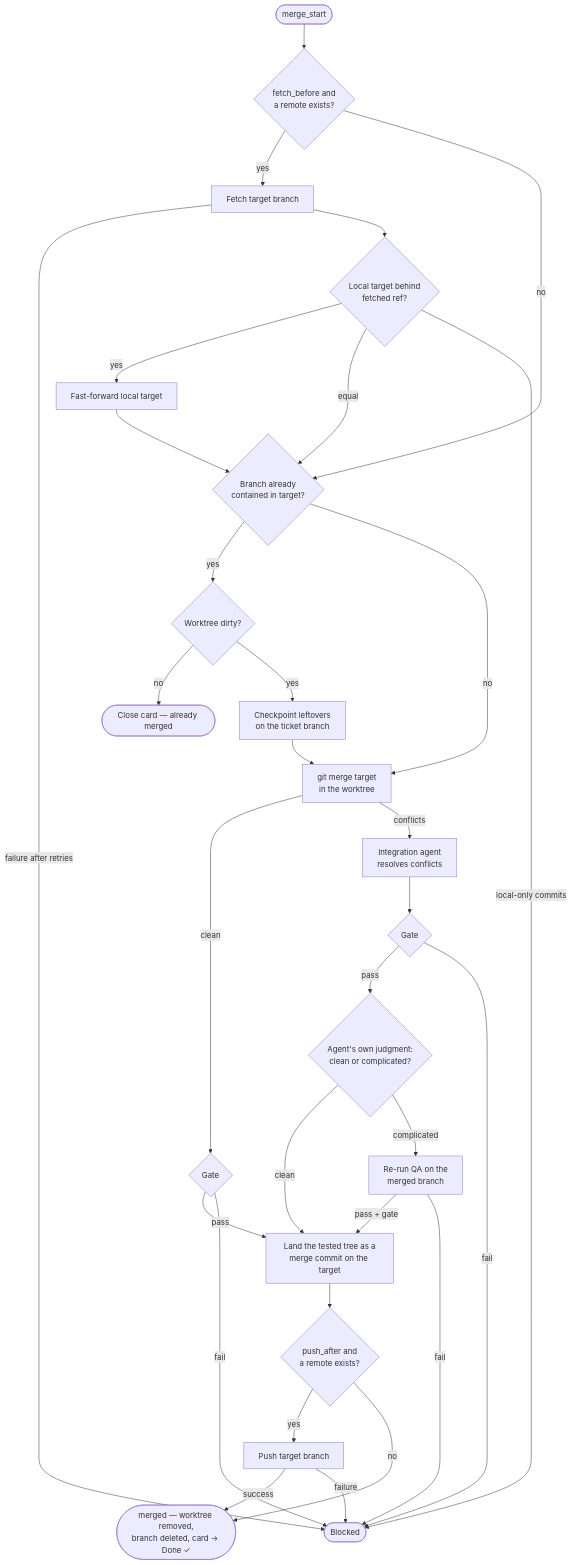
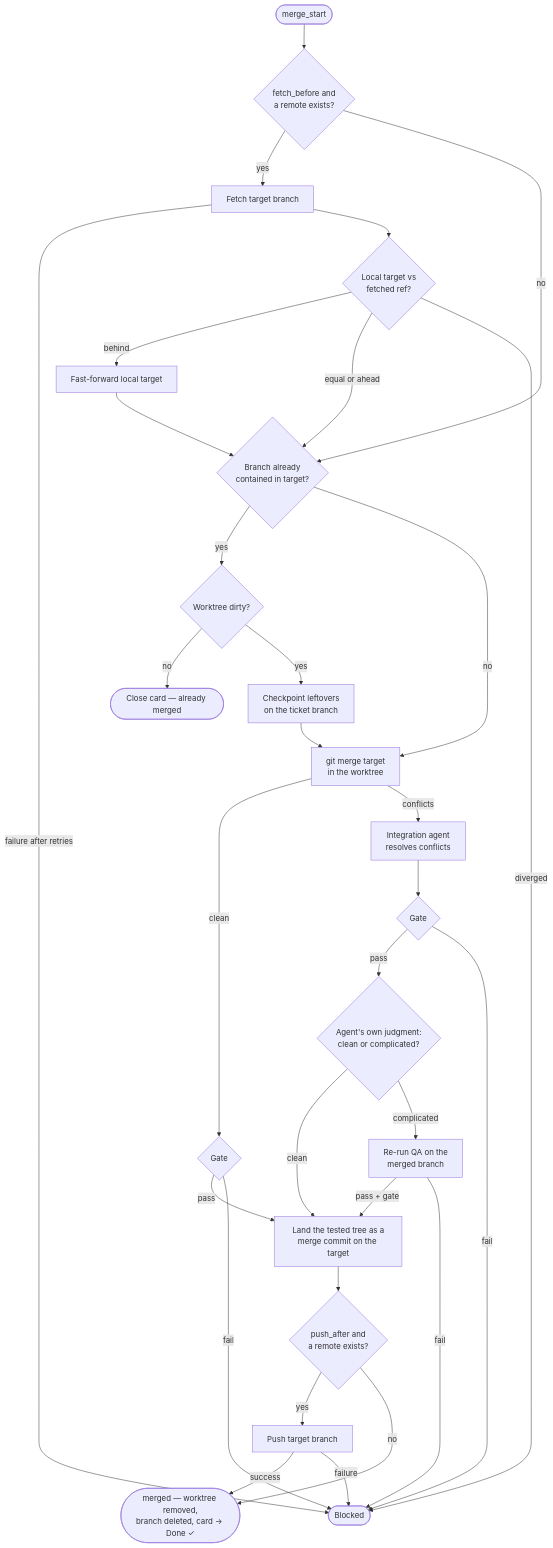
The diagram in docs/guide/integration.md (rdaruszka/jfdi), drawn with Mermaid before and after one commit. The commit also changed other lines of this file and 3 other files, not shown here.

First line of the commit message:
ahead-is-not-divergence: Treat a strictly-ahead local target as in sync, not diverged

````diff
--- a/docs/guide/integration.md
+++ b/docs/guide/integration.md
@@ -14,33 +14,33 @@
 ```mermaid
 flowchart TD
     START([merge_start]) --> FETCH{fetch_before and<br/>a remote exists?}
     FETCH -->|yes| RF[Fetch target branch]
     RF -->|failure after retries| BLOCKED
-    RF --> SYNC{Local target behind<br/>fetched ref?}
-    SYNC -->|yes| FF[Fast-forward local target]
-    SYNC -->|equal| AM
-    SYNC -->|local-only commits| BLOCKED
+    RF --> SYNC{Local target vs<br/>fetched ref?}
+    SYNC -->|behind| FF[Fast-forward local target]
+    SYNC -->|equal or ahead| AM
+    SYNC -->|diverged| BLOCKED
     FF --> AM
     FETCH -->|no| AM{Branch already<br/>contained in target?}
     AM -->|yes| DIRTY{Worktree dirty?}
     DIRTY -->|no| CLOSE([Close card — already merged])
     DIRTY -->|yes| CHECKPOINT[Checkpoint leftovers<br/>on the ticket branch]
     CHECKPOINT --> MERGE
     AM -->|no| MERGE[git merge target<br/>in the worktree]
     MERGE -->|clean| GATE1{Gate}
     MERGE -->|conflicts| AGENT[Integration agent<br/>resolves conflicts]
     AGENT --> GATE2{Gate}
     GATE2 -->|pass| JUDGE{Agent's own judgment:<br/>clean or complicated?}
     JUDGE -->|clean| LAND
     JUDGE -->|complicated| REQA[Re-run QA on the<br/>merged branch]
     REQA -->|pass + gate| LAND[Land the tested tree as a<br/>merge commit on the target]
     REQA -->|fail| BLOCKED([Blocked])
     GATE1 -->|pass| LAND
     GATE1 -->|fail| BLOCKED
     GATE2 -->|fail| BLOCKED
     LAND --> PUSH{push_after and<br/>a remote exists?}
     PUSH -->|yes| RP[Push target branch]
     PUSH -->|no| DONE([merged — worktree removed,<br/>branch deleted, card → Done ✓])
     RP -->|success| DONE
     RP -->|failure| BLOCKED
 ```
````
